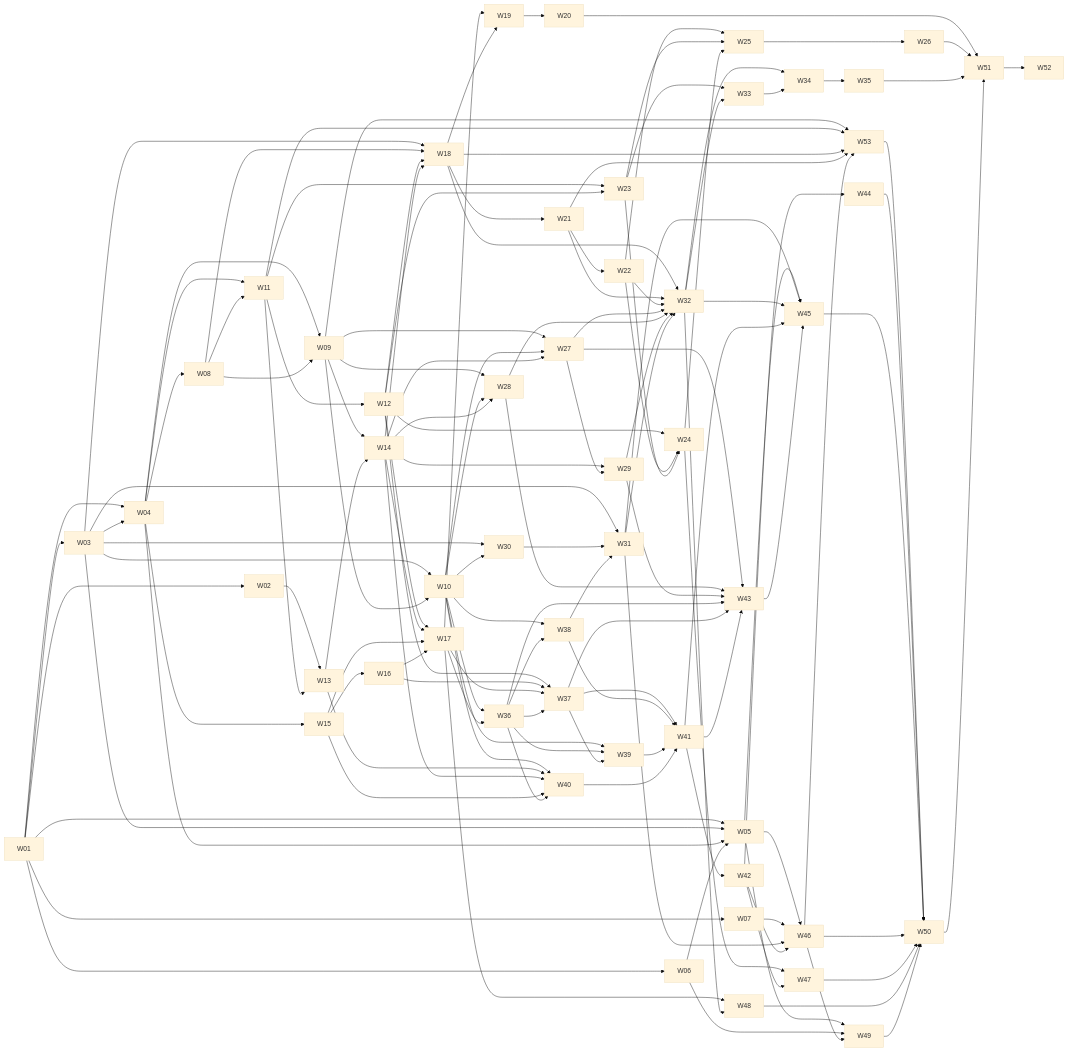
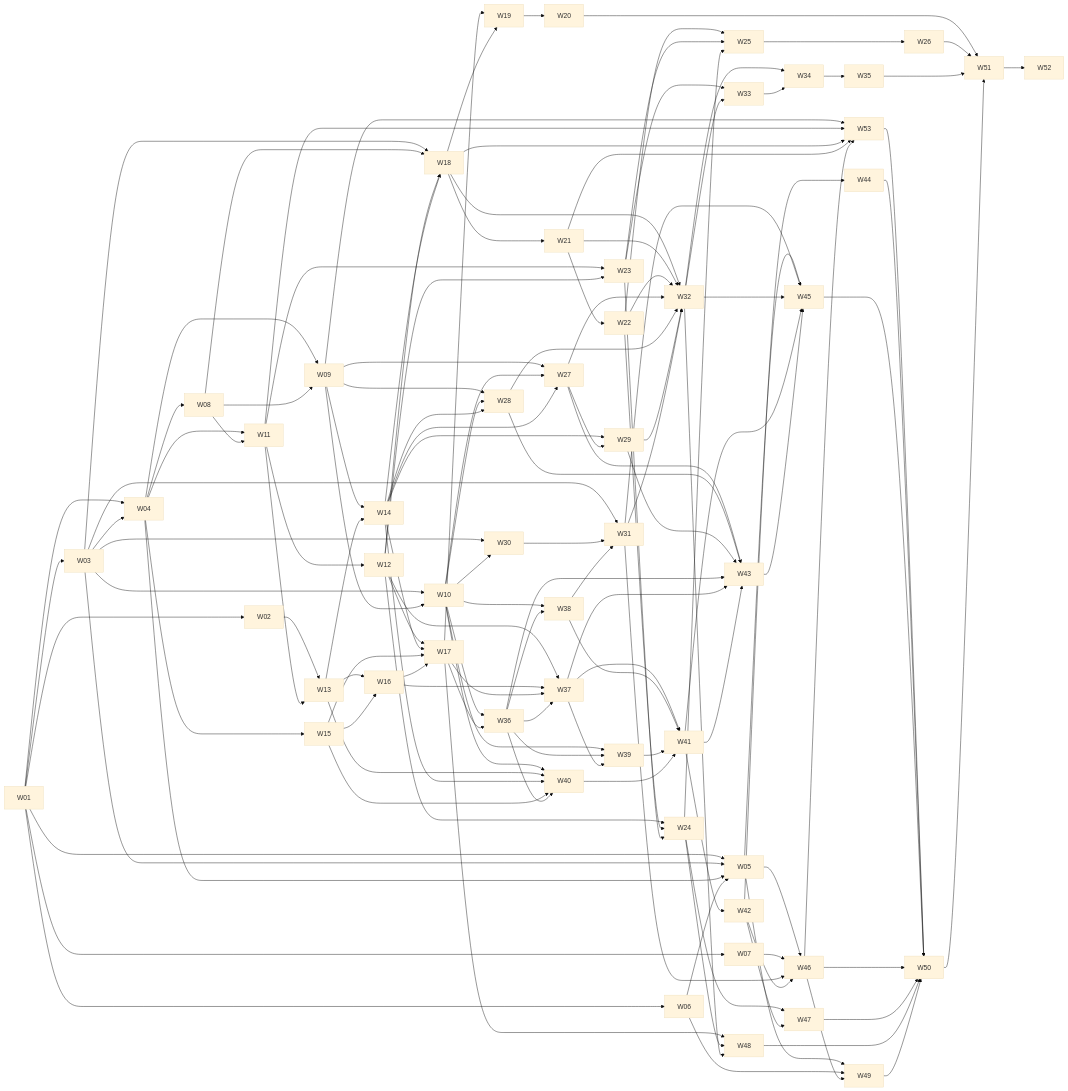
One commit to mistakenot/keyval changed the fourth of 4 diagrams in PLAN.md. Above: the diagram before and after it, drawn with Mermaid (base theme). The commit also changed other lines of this file, not shown here.

```diff
--- a/PLAN.md
+++ b/PLAN.md
@@ -1726,6 +1727,7 @@
     W09 --> W14
     W13 --> W14
     W04 --> W15
+    W13 --> W16
     W15 --> W16
     W12 --> W17
     W14 --> W17
@@ -1820,6 +1822,7 @@
     W24 --> W47
     W42 --> W47
     W17 --> W48
+    W24 --> W48
     W32 --> W48
     W05 --> W49
     W06 --> W49
```
